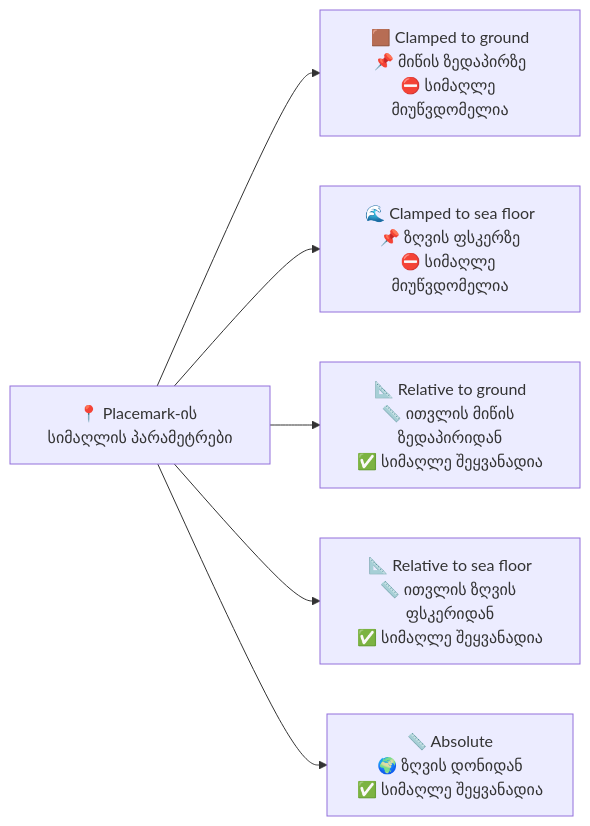
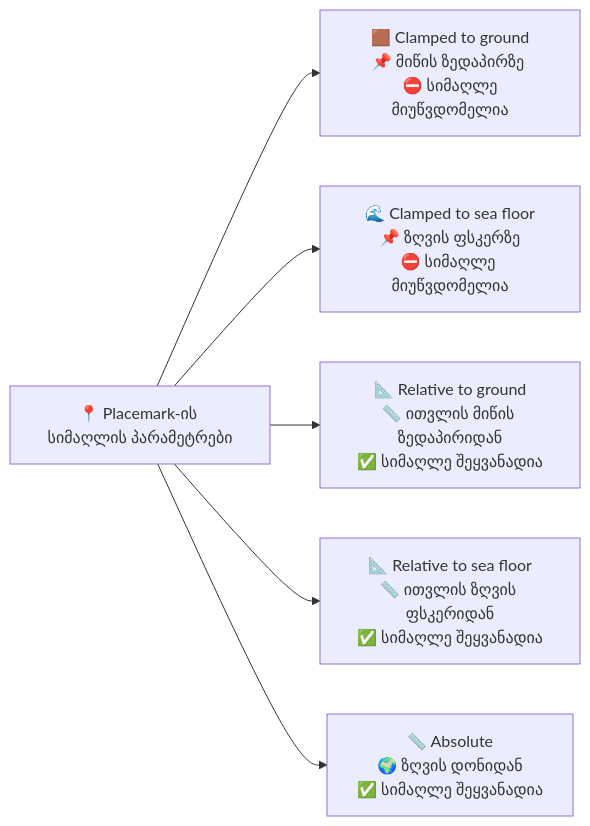
The diagram in docs/GIS_SKA/Theory/Google/Placemark_altitudes.md (ezdanapak/GTU-GIS), drawn with Mermaid before and after one commit. The commit also changed 2 other files, not shown here.

````diff
--- a/docs/GIS_SKA/Theory/Google/Placemark_altitudes.md
+++ b/docs/GIS_SKA/Theory/Google/Placemark_altitudes.md
@@ -8,9 +8,9 @@
 ```mermaid
 
 graph LR
-    Placemark["📍 Placemark-ის სიმაღლის პარამეტრები"] --> ClampedGround["🟫 Clamped to ground\n📌 მიწის ზედაპირზე\n⛔ სიმაღლე მიუწვდომელია"]
-    Placemark --> ClampedSeaFloor["🌊 Clamped to sea floor\n📌 ზღვის ფსკერზე\n⛔ სიმაღლე მიუწვდომელია"]
-    Placemark --> RelativeGround["📐 Relative to ground\n📏 ითვლის მიწის ზედაპირიდან\n✅ სიმაღლე შეყვანადია"]
-    Placemark --> RelativeSeaFloor["📐 Relative to sea floor\n📏 ითვლის ზღვის ფსკერიდან\n✅ სიმაღლე შეყვანადია"]
-    Placemark --> Absolute["📏 Absolute\n🌍 ზღვის დონიდან\n✅ სიმაღლე შეყვანადია"]
+    Placemark["📍 Placemark-ის სიმაღლის პარამეტრები"] --> ClampedGround["🟫 Clamped to ground<br>📌 მიწის ზედაპირზე <br> ⛔ სიმაღლე მიუწვდომელია"]
+    Placemark --> ClampedSeaFloor["🌊 Clamped to sea floor<br>📌 ზღვის ფსკერზე<br>⛔ სიმაღლე მიუწვდომელია"]
+    Placemark --> RelativeGround["📐 Relative to ground<br>📏 ითვლის მიწის ზედაპირიდან<br>✅ სიმაღლე შეყვანადია"]
+    Placemark --> RelativeSeaFloor["📐 Relative to sea floor<br>📏 ითვლის ზღვის ფსკერიდან<br>✅ სიმაღლე შეყვანადია"]
+    Placemark --> Absolute["📏 Absolute<br>🌍 ზღვის დონიდან<br>✅ სიმაღლე შეყვანადია"]
 ```
````
